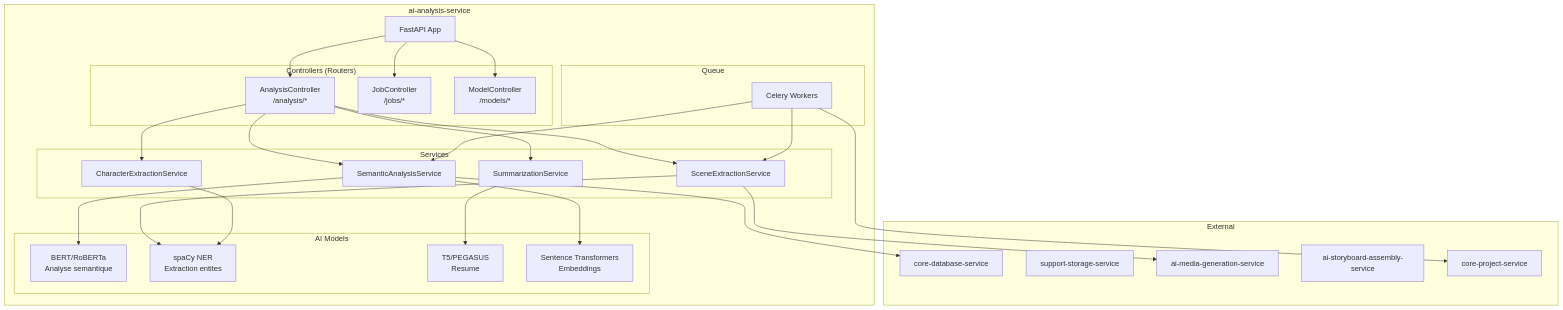
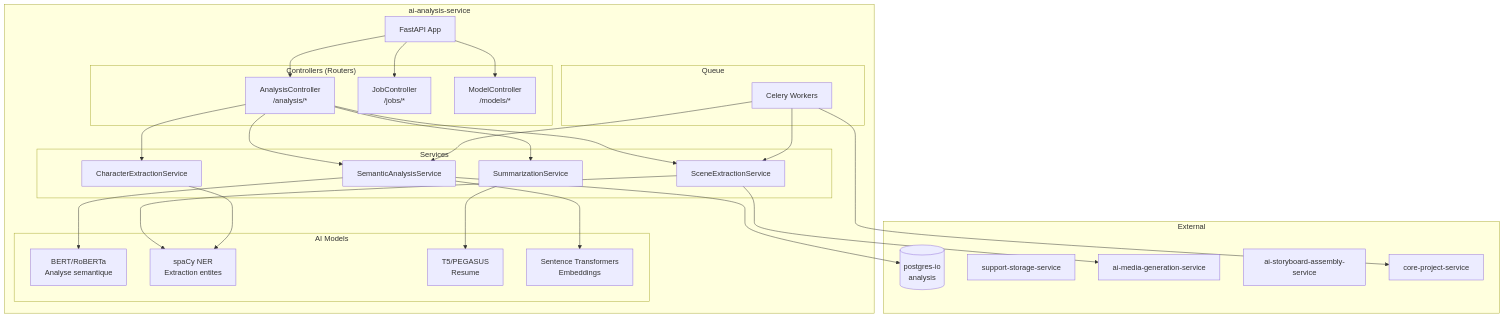
The first of 5 diagrams in microservices/ai-analysis-service.md (VisioBook-ESP/docs-architecture), drawn with Mermaid before and after one commit. The commit also changed other lines of this file and 15 other files, not shown here.

````diff
--- a/microservices/ai-analysis-service.md
+++ b/microservices/ai-analysis-service.md
@@ -30,61 +30,61 @@
 ```mermaid
 graph TB
     subgraph "ai-analysis-service"
         API[FastAPI App]
 
         subgraph "Controllers (Routers)"
             ANALYSIS[AnalysisController<br/>/analysis/*]
             JOB[JobController<br/>/jobs/*]
             MODEL[ModelController<br/>/models/*]
         end
 
         subgraph "Services"
             SEMANTIC[SemanticAnalysisService]
             SCENE[SceneExtractionService]
             CHARACTER[CharacterExtractionService]
             SUMMARY[SummarizationService]
         end
 
         subgraph "AI Models"
             BERT[BERT/RoBERTa<br/>Analyse semantique]
             NER[spaCy NER<br/>Extraction entites]
             T5[T5/PEGASUS<br/>Resume]
             EMB[Sentence Transformers<br/>Embeddings]
         end
 
         subgraph "Queue"
             CELERY[Celery Workers]
         end
     end
 
     subgraph "External"
-        DB[core-database-service]
+        PG[(postgres-io<br/>analysis)]
         STORAGE[support-storage-service]
         MEDIA[ai-media-generation-service]
         ASSEMBLY[ai-storyboard-assembly-service]
         PROJECT[core-project-service]
     end
 
     API --> ANALYSIS
     API --> JOB
     API --> MODEL
 
     ANALYSIS --> SEMANTIC
     ANALYSIS --> SCENE
     ANALYSIS --> CHARACTER
     ANALYSIS --> SUMMARY
 
     SEMANTIC --> BERT
     SCENE --> NER
     CHARACTER --> NER
     SUMMARY --> T5
 
     SEMANTIC --> EMB
 
     CELERY --> SEMANTIC
     CELERY --> SCENE
 
-    SEMANTIC --> DB
+    SEMANTIC --> PG
     SCENE --> MEDIA
     CELERY --> PROJECT
 ```
````
